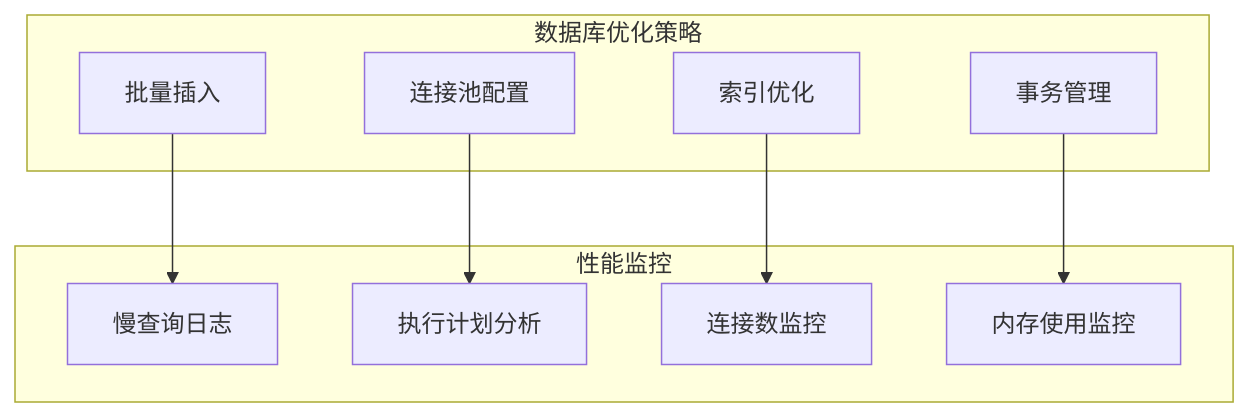
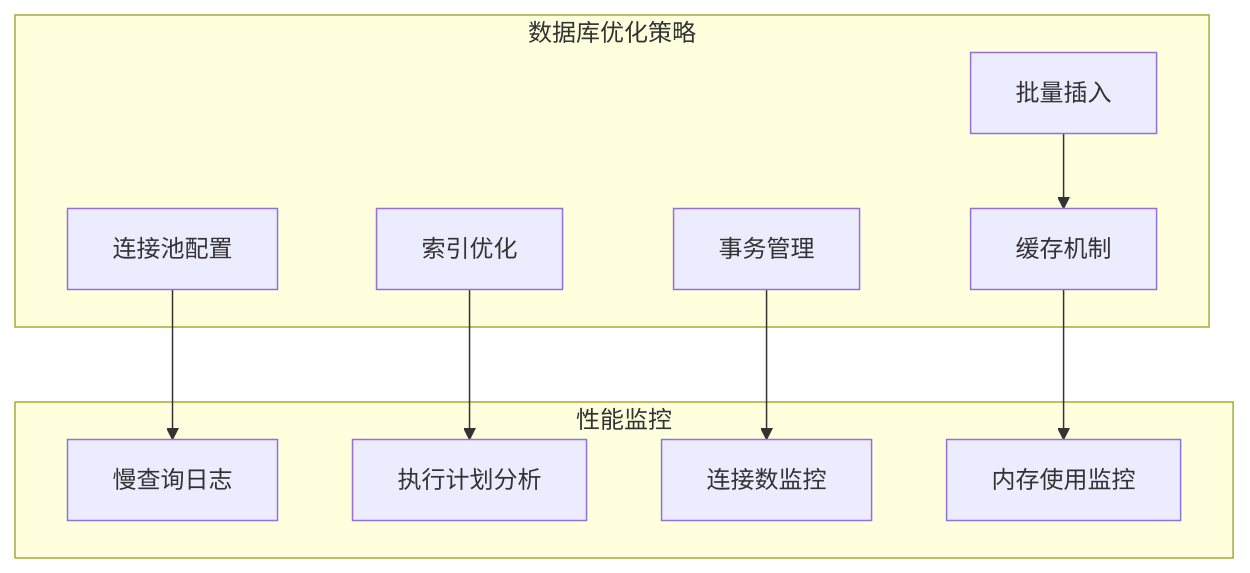
The tenth of 10 diagrams in .qoder/repowiki/zh/content/核心模块/Excel批量导入功能.md (xiaoche80s-tech/rouyi-vue-pro), drawn with Mermaid before and after one commit. The commit also changed other lines of this file and 536 other files, not shown here.

````diff
--- a/.qoder/repowiki/zh/content/核心模块/Excel批量导入功能.md
+++ b/.qoder/repowiki/zh/content/核心模块/Excel批量导入功能.md
@@ -404,19 +541,21 @@
 ```mermaid
 graph TD
 subgraph "数据库优化策略"
 A[批量插入]
 B[连接池配置]
 C[索引优化]
 D[事务管理]
+E[缓存机制]
 end
 subgraph "性能监控"
-E[慢查询日志]
-F[执行计划分析]
-G[连接数监控]
-H[内存使用监控]
+F[慢查询日志]
+G[执行计划分析]
+H[连接数监控]
+I[内存使用监控]
 end
 A --> E
 B --> F
 C --> G
 D --> H
+E --> I
 ```
````
